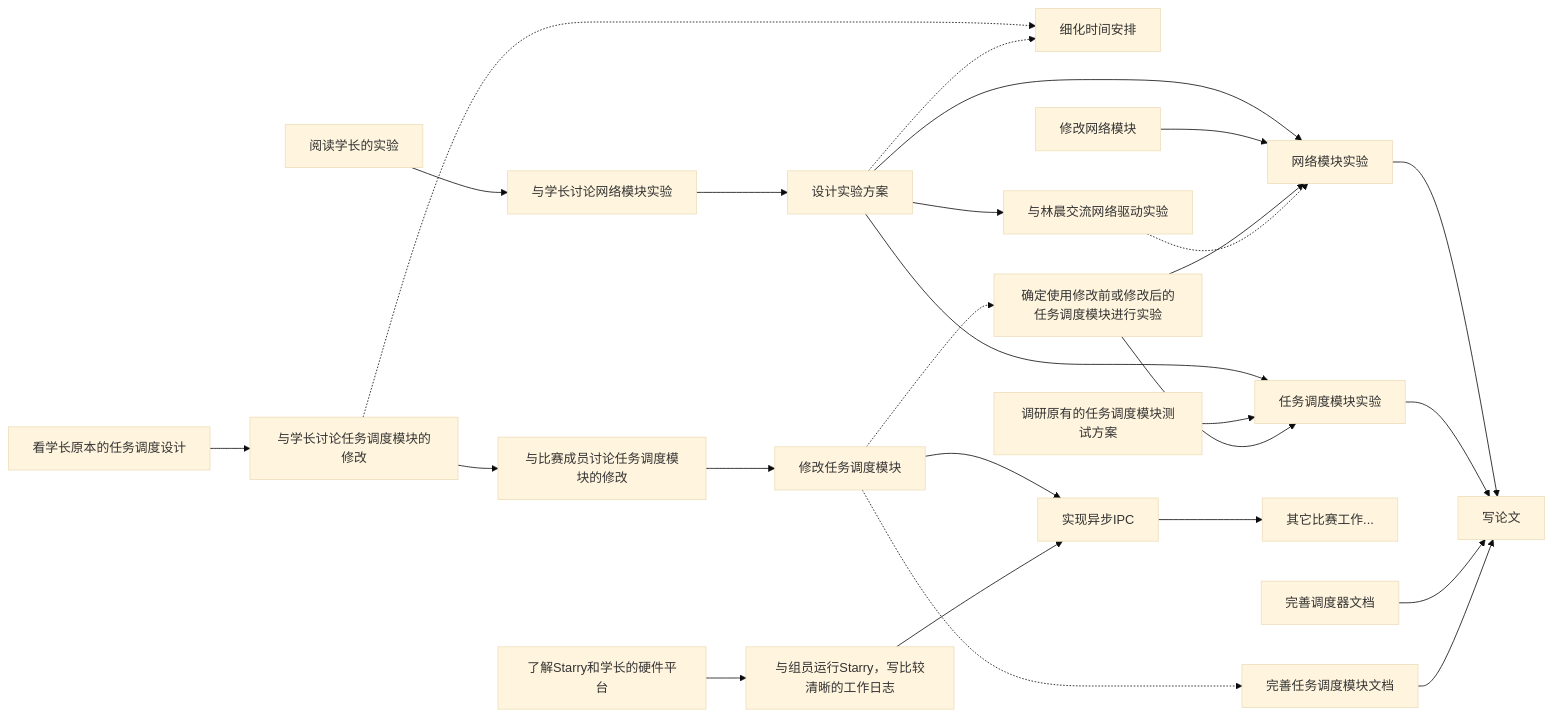
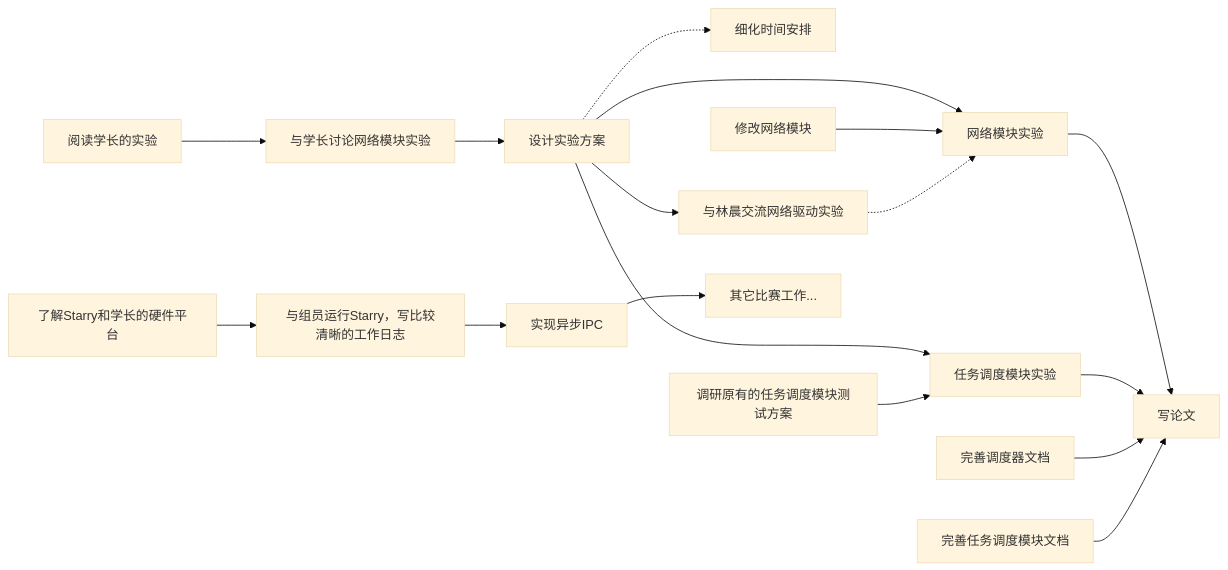
The diagram in 24.4.3~24.4.9/近期任务安排.md (rosy233333/weekly-progress), drawn with Mermaid (base theme) before and after one commit. The commit also changed other lines of this file and 6 other files, not shown here.

````diff
--- a/24.4.3~24.4.9/近期任务安排.md
+++ b/24.4.3~24.4.9/近期任务安排.md
@@ -7,40 +7,30 @@
 ```Mermaid
 flowchart LR
 1[细化时间安排]
 2[设计实验方案]
 3[阅读学长的实验]
-4[看学长原本的任务调度设计]
-5[修改任务调度模块]
-6[与学长讨论任务调度模块的修改]
 7[修改网络模块]
 8[网络模块实验]
 9[调研原有的任务调度模块测试方案]
 10[任务调度模块实验]
 11[与林晨交流网络驱动实验]
 12[写论文]
 13[与学长讨论网络模块实验]
-14[与比赛成员讨论任务调度模块的修改]
 15[实现异步IPC]
 16[其它比赛工作...]
 17[完善调度器文档]
 18[完善任务调度模块文档]
-19[确定使用修改前或修改后的任务调度模块进行实验]
 20[了解Starry和学长的硬件平台]
 21[与组员运行Starry，写比较清晰的工作日志]
 3 --> 13 --> 2 --> 8 --> 12
 2 --> 10 --> 12
-4 --> 6 --> 14 --> 5
-5 -.-> 19
 9 --> 10
 7 --> 8
-19 --> 8
-19 --> 10
 11 -.-> 8
-6 -.-> 1
 2 -.-> 1
 2 --> 11
-5 --> 15 --> 16
+15 --> 16
 17 --> 12
-5 -.-> 18 --> 12
+18 --> 12
 20 --> 21 --> 15
 ```
````
